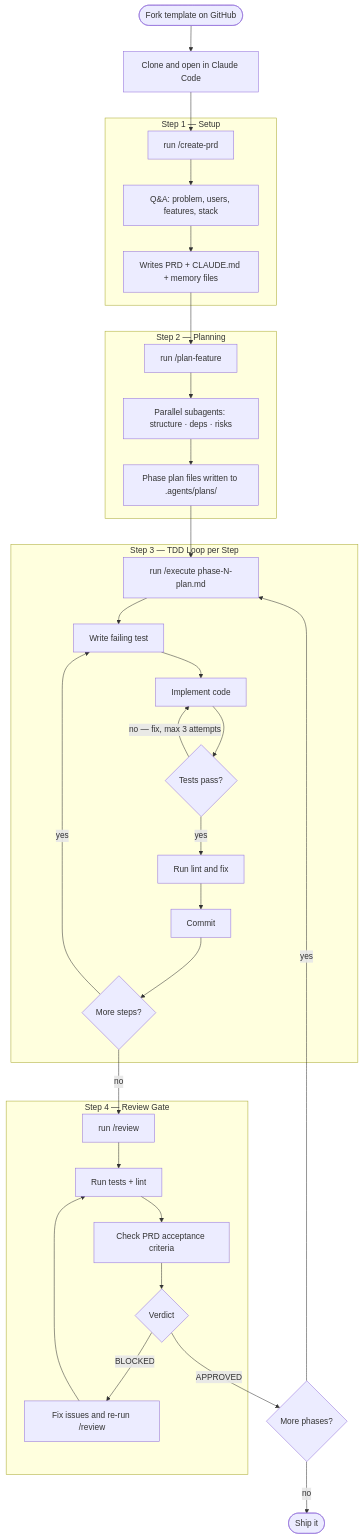
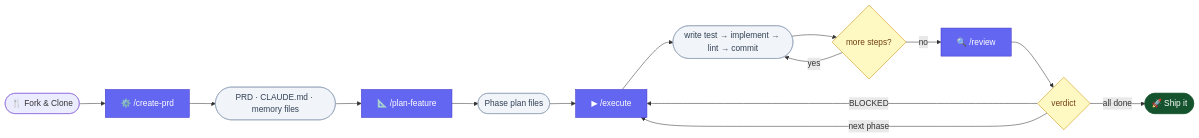
Before and after one commit to rohan-kantaria/ai-dev-harness: the diagram in README.md, drawn with Mermaid.

Commit message:
docs: compact LR flowchart with color-coded nodes
Replaced verbose TD subgraph diagram with a compact left-to-right layout.
Color coding: purple = commands, light = artifacts, yellow = decisions,
green = terminal. Fewer nodes, same full lifecycle visible at a glance.

````diff
--- a/README.md
+++ b/README.md
@@ -11,44 +11,24 @@
 ```mermaid
-flowchart TD
-    A([Fork template on GitHub]) --> B[Clone and open in Claude Code]
-    B --> C["run /create-prd"]
+flowchart LR
+    classDef cmd fill:#6366f1,stroke:#4338ca,color:#fff
+    classDef artifact fill:#f1f5f9,stroke:#94a3b8,color:#334155
+    classDef gate fill:#fef9c3,stroke:#ca8a04,color:#713f12
+    classDef terminal fill:#14532d,stroke:#14532d,color:#fff
 
-    subgraph PRD ["Step 1 — Setup"]
-        C --> C1["Q&A: problem, users, features, stack"]
-        C1 --> C2[Writes PRD + CLAUDE.md + memory files]
-    end
+    A(["🍴 Fork & Clone"]) --> B
 
-    C2 --> D["run /plan-feature"]
+    B["⚙️ /create-prd"]:::cmd --> C(["PRD · CLAUDE.md · memory files"]):::artifact
+    C --> D["📐 /plan-feature"]:::cmd
+    D --> E(["Phase plan files"]):::artifact
+    E --> F["▶ /execute"]:::cmd
 
-    subgraph PLAN ["Step 2 — Planning"]
-        D --> D1["Parallel subagents: structure · deps · risks"]
-        D1 --> D2["Phase plan files written to .agents/plans/"]
-    end
+    F --> G(["write test → implement → lint → commit"]):::artifact
+    G --> H{"more steps?"}:::gate
+    H -->|yes| G
+    H -->|no| I["🔍 /review"]:::cmd
 
-    D2 --> E["run /execute phase-N-plan.md"]
-
-    subgraph EXEC ["Step 3 — TDD Loop per Step"]
-        E --> E1[Write failing test]
-        E1 --> E2[Implement code]
-        E2 --> E3{Tests pass?}
-        E3 -->|"no — fix, max 3 attempts"| E2
-        E3 -->|yes| E4[Run lint and fix]
-        E4 --> E5[Commit]
-        E5 --> E6{More steps?}
-        E6 -->|yes| E1
-    end
-
-    E6 -->|no| F["run /review"]
-
-    subgraph REVIEW ["Step 4 — Review Gate"]
-        F --> F1[Run tests + lint]
-        F1 --> F2[Check PRD acceptance criteria]
-        F2 --> F3{Verdict}
-        F3 -->|BLOCKED| F4["Fix issues and re-run /review"]
-        F4 --> F1
-    end
-
-    F3 -->|APPROVED| G{More phases?}
-    G -->|yes| E
-    G -->|no| H([Ship it])
+    I --> J{"verdict"}:::gate
+    J -->|BLOCKED| F
+    J -->|"next phase"| F
+    J -->|"all done"| K(["🚀 Ship it"]):::terminal
 ```
````
